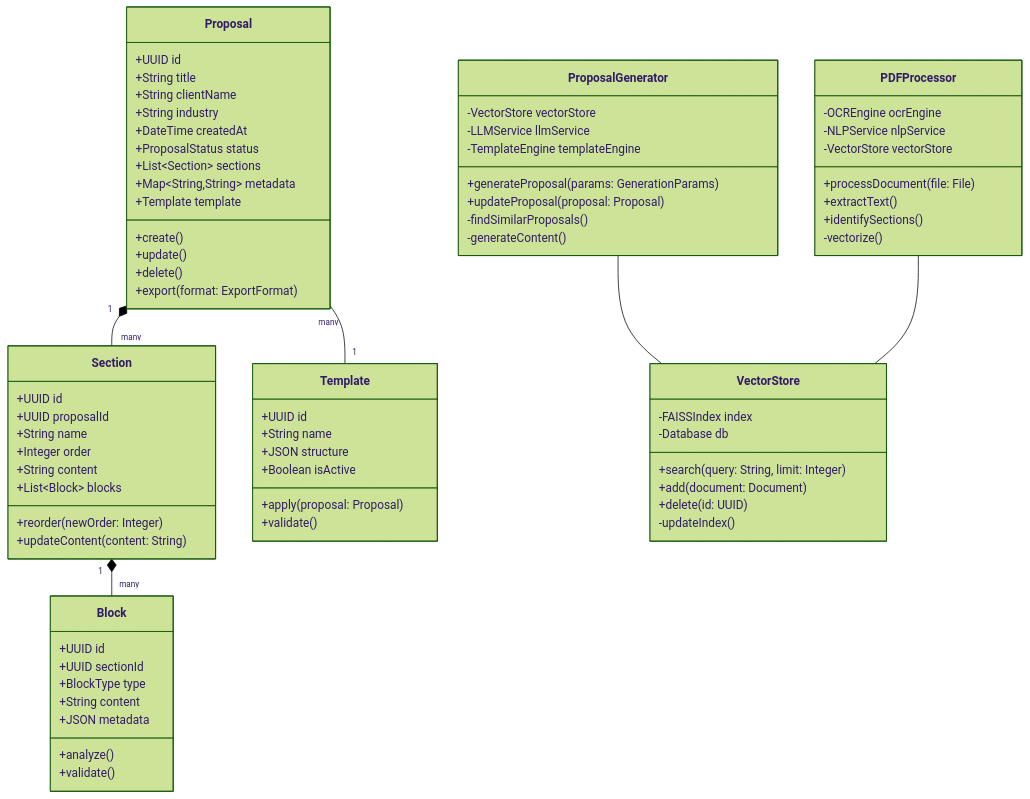
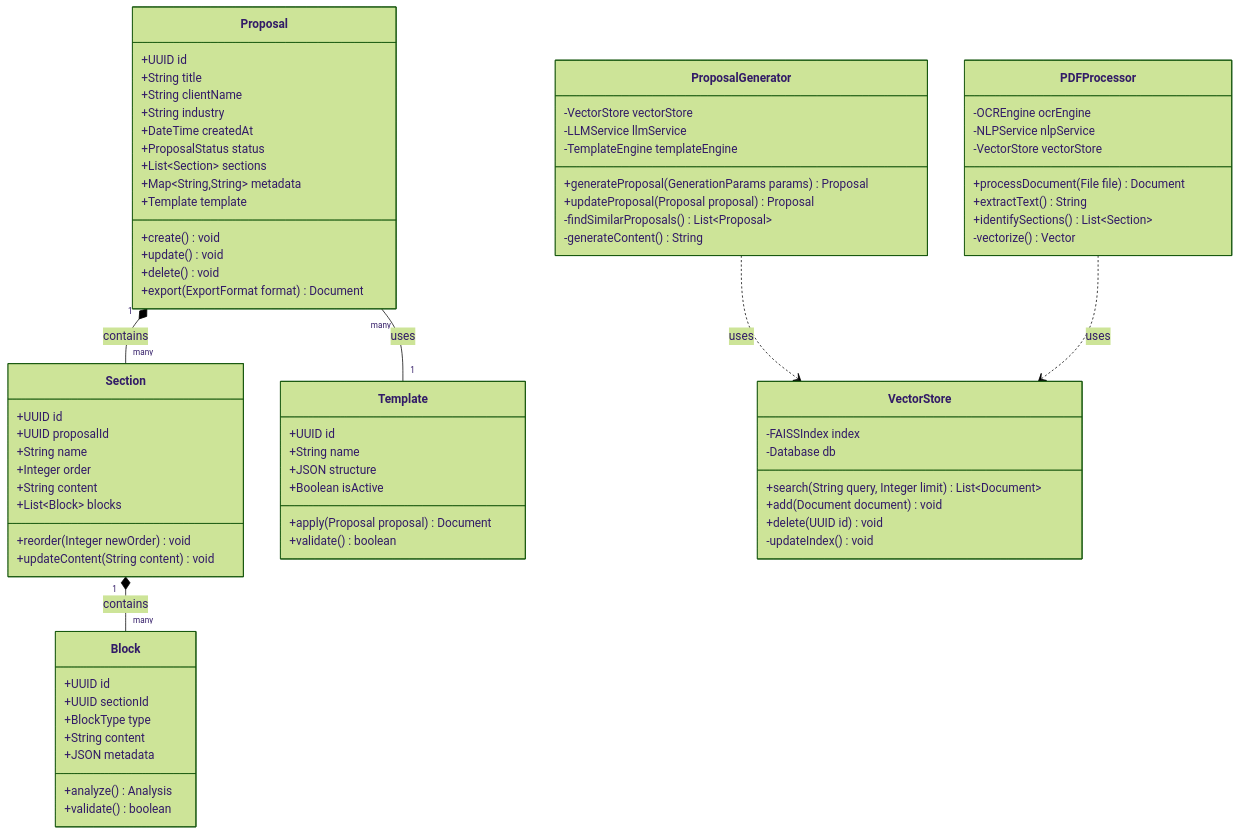
Before and after one commit to thespamer/propos4l: the first of 2 diagrams in doc/class_diagram.md, drawn with Mermaid (forest theme). The commit also changed other lines of this file and 37 other files, not shown here.

````diff
--- a/doc/class_diagram.md
+++ b/doc/class_diagram.md
@@ -5,5 +5,7 @@
 ```mermaid
 classDiagram
+    direction TB
+
     class Proposal {
         +UUID id
         +String title
@@ -14,10 +16,10 @@
         +List~Section~ sections
         +Map~String,String~ metadata
         +Template template
-        +create()
-        +update()
-        +delete()
-        +export(format: ExportFormat)
+        +create() void
+        +update() void
+        +delete() void
+        +export(ExportFormat format) Document
     }
 
     class Section {
@@ -27,8 +29,8 @@
         +Integer order
         +String content
         +List~Block~ blocks
-        +reorder(newOrder: Integer)
-        +updateContent(content: String)
+        +reorder(Integer newOrder) void
+        +updateContent(String content) void
     }
 
     class Block {
@@ -37,8 +39,8 @@
         +BlockType type
         +String content
         +JSON metadata
-        +analyze()
-        +validate()
+        +analyze() Analysis
+        +validate() boolean
     }
 
     class Template {
@@ -46,42 +48,43 @@
         +String name
         +JSON structure
         +Boolean isActive
-        +apply(proposal: Proposal)
-        +validate()
+        +apply(Proposal proposal) Document
+        +validate() boolean
     }
 
     class ProposalGenerator {
         -VectorStore vectorStore
         -LLMService llmService
         -TemplateEngine templateEngine
-        +generateProposal(params: GenerationParams)
-        +updateProposal(proposal: Proposal)
-        -findSimilarProposals()
-        -generateContent()
+        +generateProposal(GenerationParams params) Proposal
+        +updateProposal(Proposal proposal) Proposal
+        -findSimilarProposals() List~Proposal~
+        -generateContent() String
     }
 
     class PDFProcessor {
         -OCREngine ocrEngine
         -NLPService nlpService
         -VectorStore vectorStore
-        +processDocument(file: File)
-        +extractText()
-        +identifySections()
-        -vectorize()
+        +processDocument(File file) Document
+        +extractText() String
+        +identifySections() List~Section~
+        -vectorize() Vector
     }
 
     class VectorStore {
         -FAISSIndex index
         -Database db
-        +search(query: String, limit: Integer)
-        +add(document: Document)
-        +delete(id: UUID)
-        -updateIndex()
+        +search(String query, Integer limit) List~Document~
+        +add(Document document) void
+        +delete(UUID id) void
+        -updateIndex() void
     }
 
-    Proposal "1" *-- "many" Section
-    Section "1" *-- "many" Block
-    Proposal "many" -- "1" Template
-    ProposalGenerator -- VectorStore
-    PDFProcessor -- VectorStore
+    %% Relationships
+    Proposal "1" *-- "many" Section : contains
+    Section "1" *-- "many" Block : contains
+    Proposal "many" -- "1" Template : uses
+    ProposalGenerator ..> VectorStore : uses
+    PDFProcessor ..> VectorStore : uses
 ```
````
